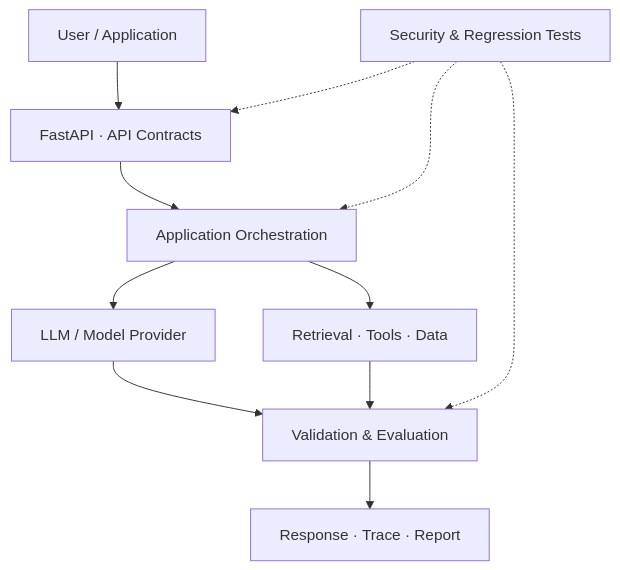
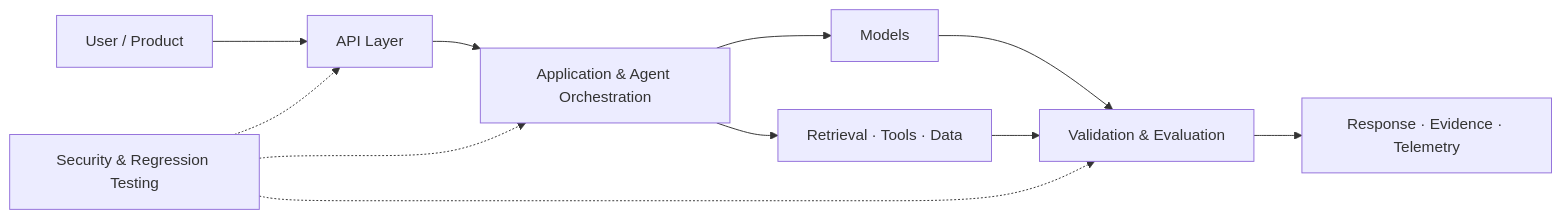
Before and after one commit to Xatreus/Xatreus: the diagram in README.md, drawn with Mermaid. The commit also changed other lines of this file, not shown here.

````diff
--- a/README.md
+++ b/README.md
@@ -53,13 +38,13 @@
 ```mermaid
-flowchart TD
-    A["User / Application"] --> B["FastAPI · API Contracts"]
-    B --> C["Application Orchestration"]
-    C --> D["LLM / Model Provider"]
+flowchart LR
+    A["User / Product"] --> B["API Layer"]
+    B --> C["Application & Agent Orchestration"]
+    C --> D["Models"]
     C --> E["Retrieval · Tools · Data"]
     D --> F["Validation & Evaluation"]
     E --> F
-    F --> G["Response · Trace · Report"]
-    H["Security & Regression Tests"] -.-> B
+    F --> G["Response · Evidence · Telemetry"]
+    H["Security & Regression Testing"] -.-> B
     H -.-> C
     H -.-> F
 ```
````
